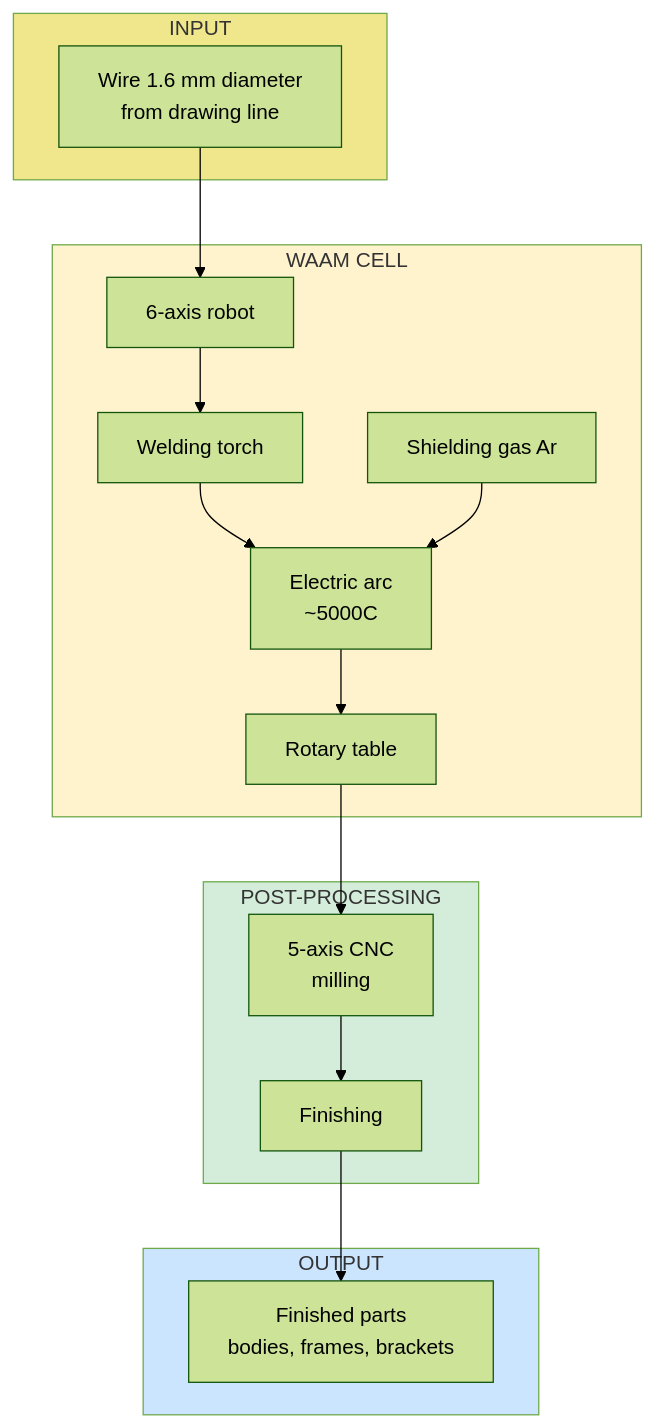
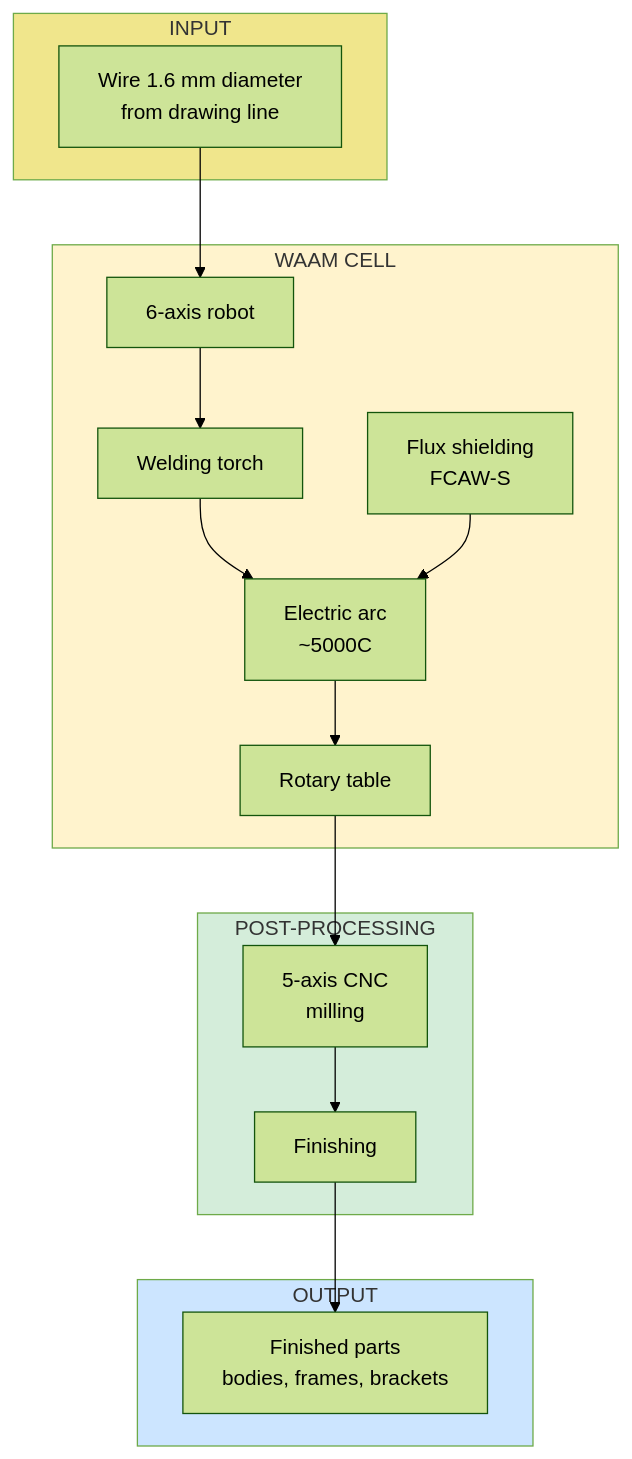
Before and after one commit to DmitryNasikanov/infinite-energy: the diagram in en/science/detailed/production/factories/elements/waam.qmd, drawn with Mermaid (forest theme). The commit also changed other lines of this file and 71 other files, not shown here.

````diff
--- a/en/science/detailed/production/factories/elements/waam.qmd
+++ b/en/science/detailed/production/factories/elements/waam.qmd
@@ -23,37 +23,37 @@
 ```{mermaid}
 flowchart TD
     subgraph INPUT["INPUT"]
         WIRE["Wire 1.6 mm diameter<br/>from drawing line"]
     end
 
     subgraph WAAM_CELL["WAAM CELL"]
         ROBOT["6-axis robot"]
         TORCH["Welding torch"]
         ARC["Electric arc<br/>~5000C"]
-        ARGON["Shielding gas Ar"]
+        FLUX["Flux shielding<br/>FCAW-S"]
         TABLE["Rotary table"]
     end
 
     subgraph POST["POST-PROCESSING"]
         CNC["5-axis CNC<br/>milling"]
         FINISH["Finishing"]
     end
 
     subgraph OUTPUT["OUTPUT"]
         PARTS["Finished parts<br/>bodies, frames, brackets"]
     end
 
     WIRE --> ROBOT
     ROBOT --> TORCH
     TORCH --> ARC
-    ARGON --> ARC
+    FLUX --> ARC
     ARC --> TABLE
     TABLE --> CNC
     CNC --> FINISH
     FINISH --> PARTS
 
     style INPUT fill:#f0e68c
     style WAAM_CELL fill:#fff3cd
     style POST fill:#d4edda
     style OUTPUT fill:#cce5ff
 ```
````
